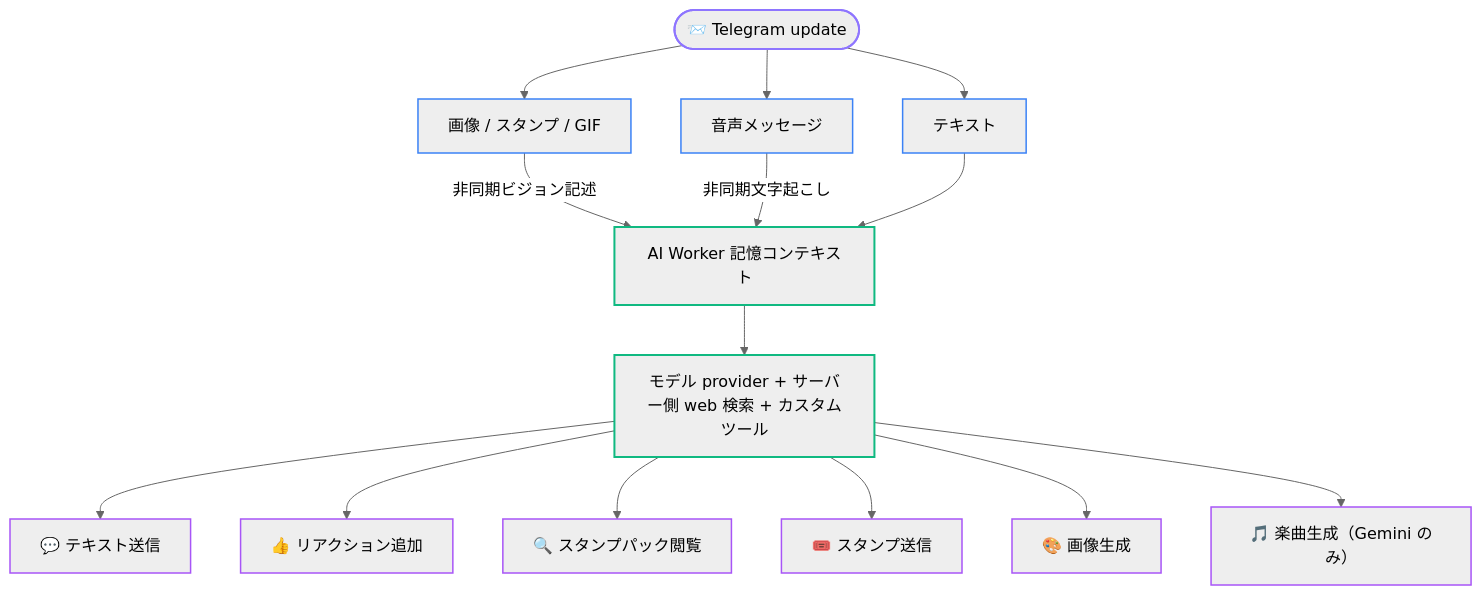
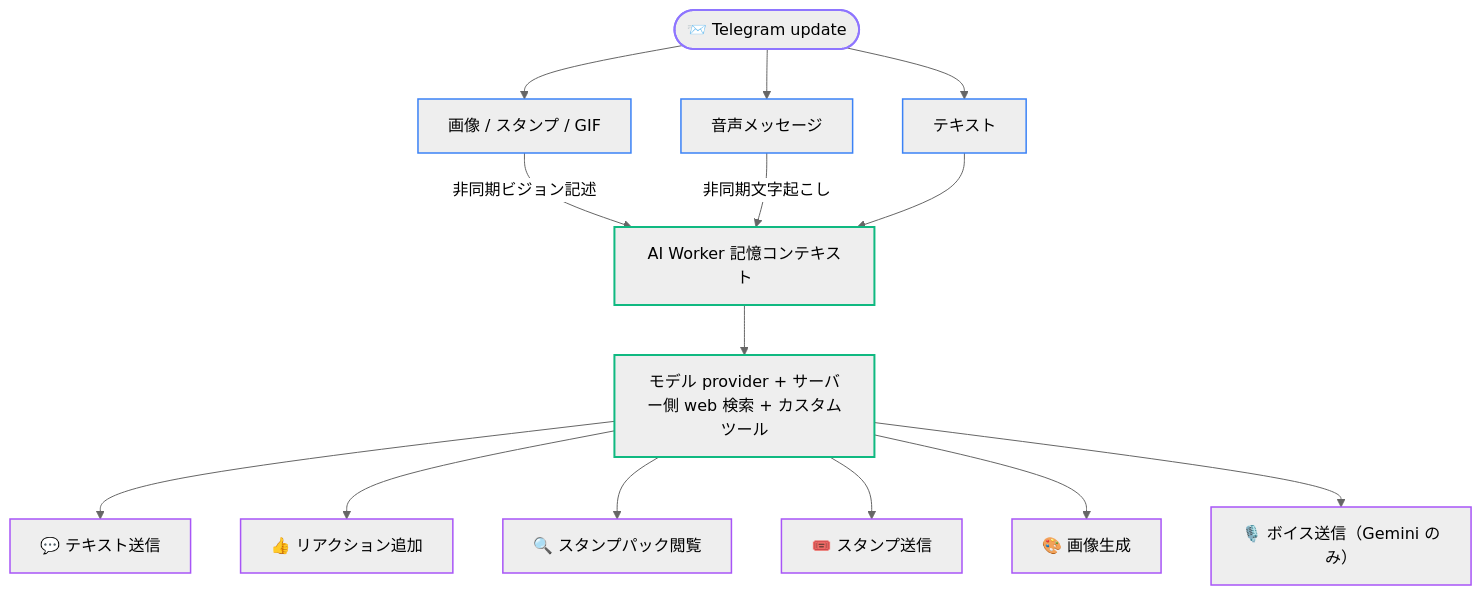
The second of 2 diagrams in docs/ja/02-architecture.md (Asashishi/copy_ninjia), drawn with Mermaid (neutral theme) before and after one commit. The commit also changed other lines of this file and 506 other files, not shown here.

````diff
--- a/docs/ja/02-architecture.md
+++ b/docs/ja/02-architecture.md
@@ -64,22 +64,22 @@
 ```mermaid
 flowchart TD
     classDef input stroke:#8e75ff,stroke-width:2px;
     classDef process stroke:#3b82f6,stroke-width:1.5px;
     classDef ai stroke:#10b981,stroke-width:2px;
     classDef action stroke:#a855f7,stroke-width:1.5px;
 
     U(["📨 Telegram update"]):::input --> TXT["テキスト"]:::process
     U --> MED["画像 / スタンプ / GIF"]:::process
     U --> VOC["音声メッセージ"]:::process
     MED -- 非同期ビジョン記述 --> MEM["AI Worker 記憶コンテキスト"]:::ai
     VOC -- 非同期文字起こし --> MEM
     TXT --> MEM
     MEM --> G["モデル provider + サーバー側 web 検索 + カスタムツール"]:::ai
 
     G --> A1["💬 テキスト送信"]:::action
     G --> A2["👍 リアクション追加"]:::action
     G --> A3["🔍 スタンプパック閲覧"]:::action
     G --> A4["🎟️ スタンプ送信"]:::action
     G --> A5["🎨 画像生成"]:::action
-    G --> A6["🎵 楽曲生成（Gemini のみ）"]:::action
+    G --> A6["🎙️ ボイス送信（Gemini のみ）"]:::action
 ```
````
